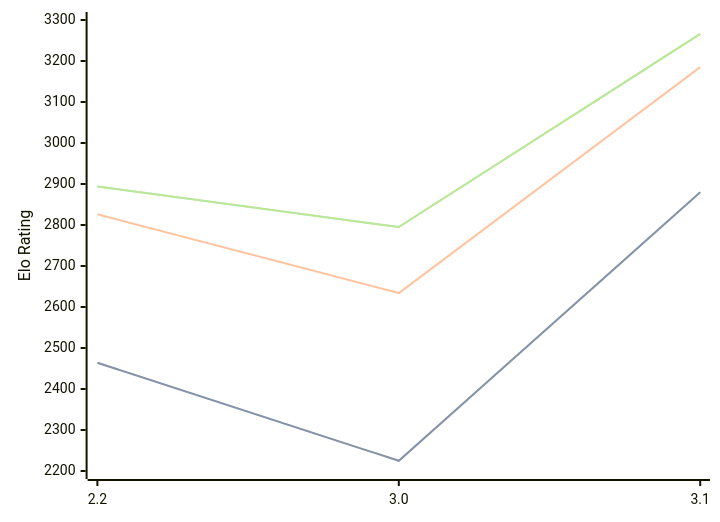
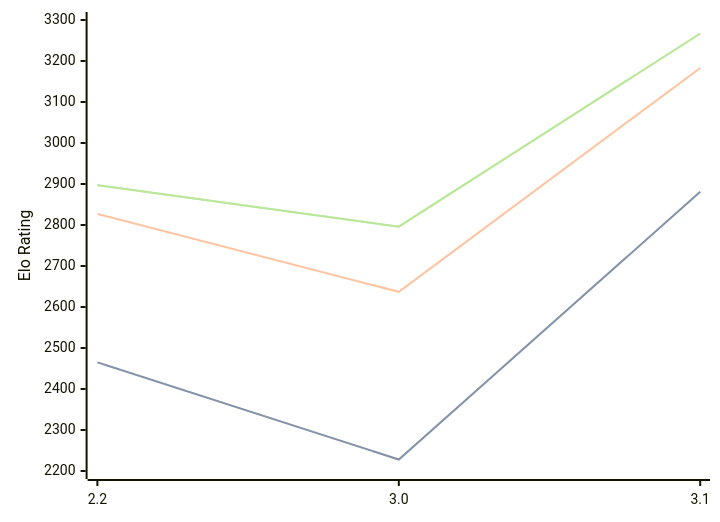
Before and after one commit to computer-chess-index/cci: the diagram in engines/Thrawn.md, drawn with Mermaid. The commit also changed other lines of this file, not shown here.

Commit message:
Update CCI Ratings (ELO VLTC) - 2026-08-23

````diff
--- a/engines/Thrawn.md
+++ b/engines/Thrawn.md
@@ -33,11 +33,11 @@
 ```mermaid
 %%{init: {"theme":"base","themeVariables":{"seriesColors:['#a3a3a3','#222221','#faa371']}}}%%
 xychart-beta
   x-axis ["2.2", "3.0", "3.1"]
   y-axis "Elo Rating" 2200 --> 3300
-  line "STC (8.0+0.08s)" [2464, 2225, 2880]
-  line "STC (8.0+0.08s)" [2464, 2225, 2880]
-  line "LTC (60.0+0.60s)" [2826, 2634, 3185]
-  line "VLTC (2m24s+1.12s)" [2894, 2795, 3266]
-  line "VLTC (2m24s+1.12s)" [2894, 2795, 3266]
+  line "STC (8.0+0.08s)" [2465, 2228, 2881]
+  line "STC (8.0+0.08s)" [2465, 2228, 2881]
+  line "LTC (60.0+0.60s)" [2827, 2637, 3183]
+  line "VLTC (2m24s+1.12s)" [2897, 2796, 3267]
+  line "VLTC (2m24s+1.12s)" [2897, 2796, 3267]
 ```
````
